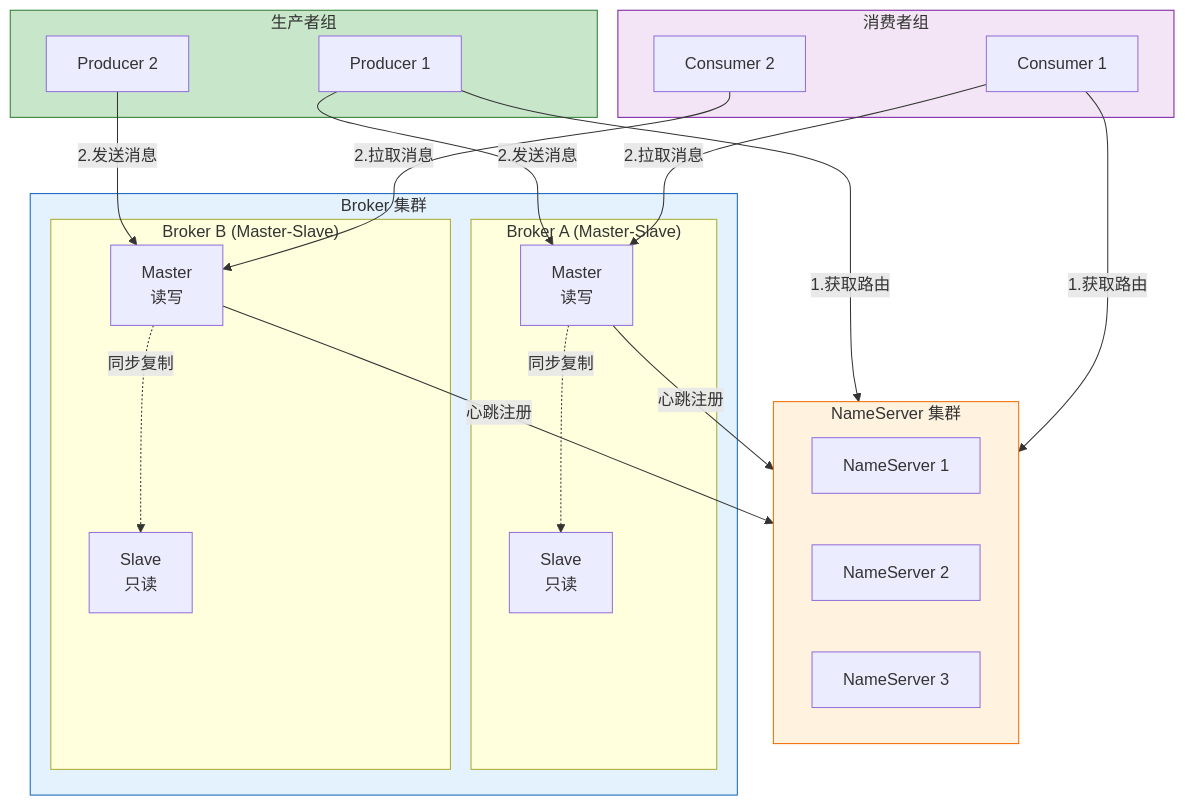
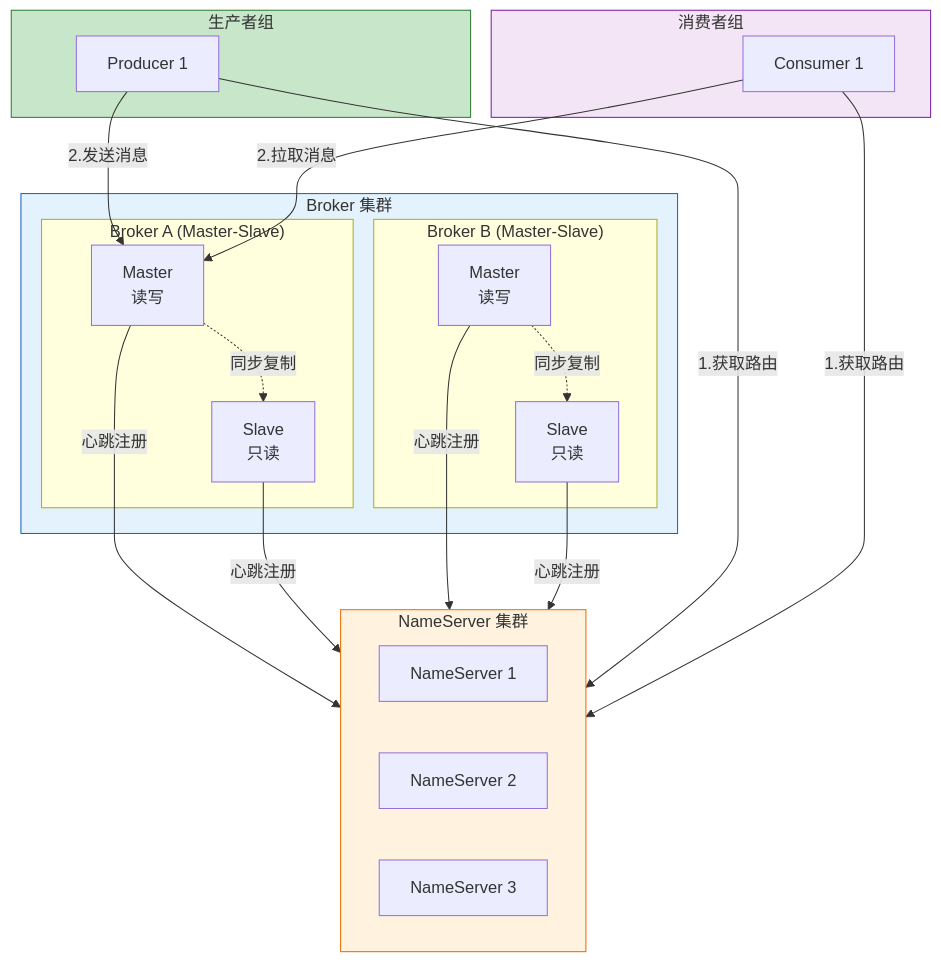
One commit to watslab/interview_doc changed the first of 18 diagrams in document/消息中间件/RocketMQ 消息中间件详解.md. Above: the diagram before and after it, drawn with Mermaid. The commit also changed other lines of this file and 2 other files, not shown here.

````diff
--- a/document/消息中间件/RocketMQ 消息中间件详解.md
+++ b/document/消息中间件/RocketMQ 消息中间件详解.md
@@ -38,48 +38,47 @@
 ```mermaid
 flowchart TB
     subgraph NameServer["NameServer 集群"]
         NS1["NameServer 1"]
         NS2["NameServer 2"]
         NS3["NameServer 3"]
     end
     
     subgraph BrokerCluster["Broker 集群"]
         subgraph BrokerA["Broker A (Master-Slave)"]
             BA_M["Master<br/>读写"]
             BA_S["Slave<br/>只读"]
         end
         subgraph BrokerB["Broker B (Master-Slave)"]
             BB_M["Master<br/>读写"]
             BB_S["Slave<br/>只读"]
         end
     end
     
     subgraph Producer["生产者组"]
         P1["Producer 1"]
-        P2["Producer 2"]
     end
     
     subgraph Consumer["消费者组"]
         C1["Consumer 1"]
-        C2["Consumer 2"]
     end
     
     BA_M -->|"心跳注册"| NameServer
+    BA_S -->|"心跳注册"| NameServer
+
     BB_M -->|"心跳注册"| NameServer
+    BB_S -->|"心跳注册"| NameServer
     
     P1 -->|"1.获取路由"| NameServer
     P1 -->|"2.发送消息"| BA_M
-    P2 -->|"2.发送消息"| BB_M
     
     C1 -->|"1.获取路由"| NameServer
     C1 -->|"2.拉取消息"| BA_M
-    C2 -->|"2.拉取消息"| BB_M
     
     BA_M -.->|"同步复制"| BA_S
     BB_M -.->|"同步复制"| BB_S
     
     style NameServer fill:#fff3e0,stroke:#ef6c00
     style BrokerCluster fill:#e3f2fd,stroke:#1565c0
     style Producer fill:#c8e6c9,stroke:#2e7d32
     style Consumer fill:#f3e5f5,stroke:#7b1fa2
 ```
````
